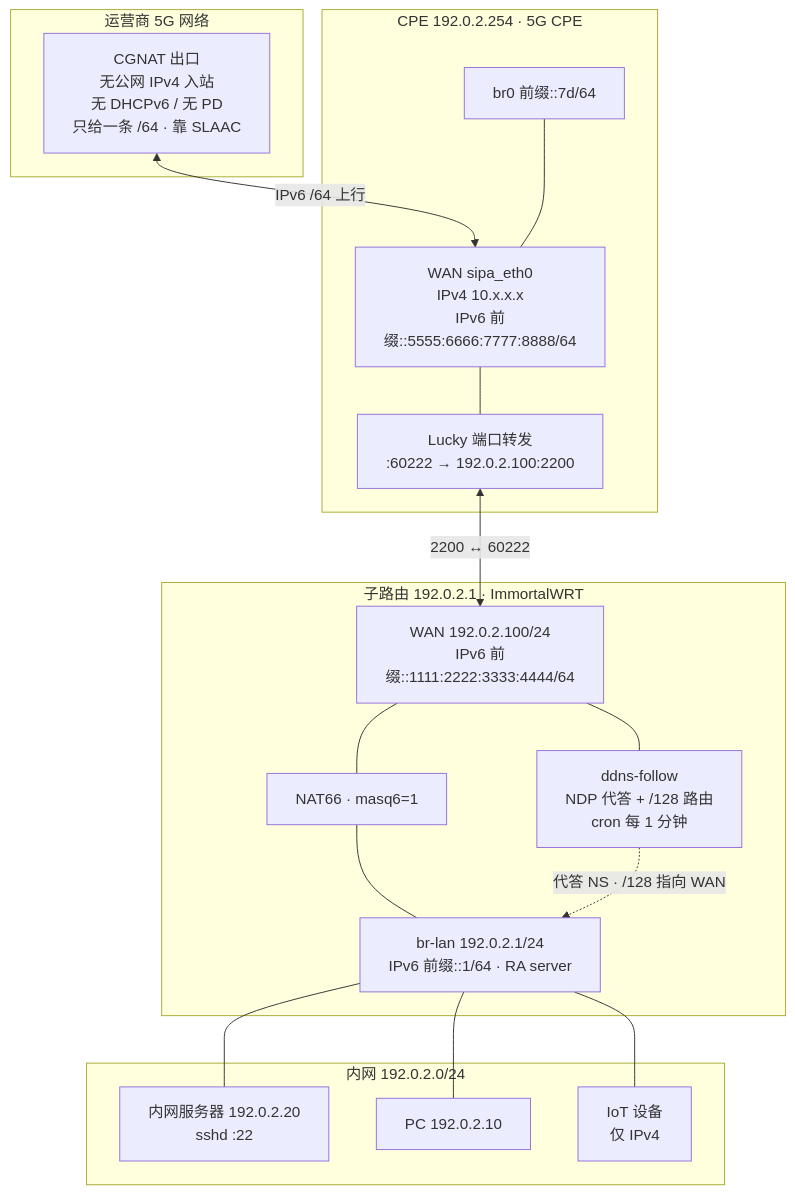
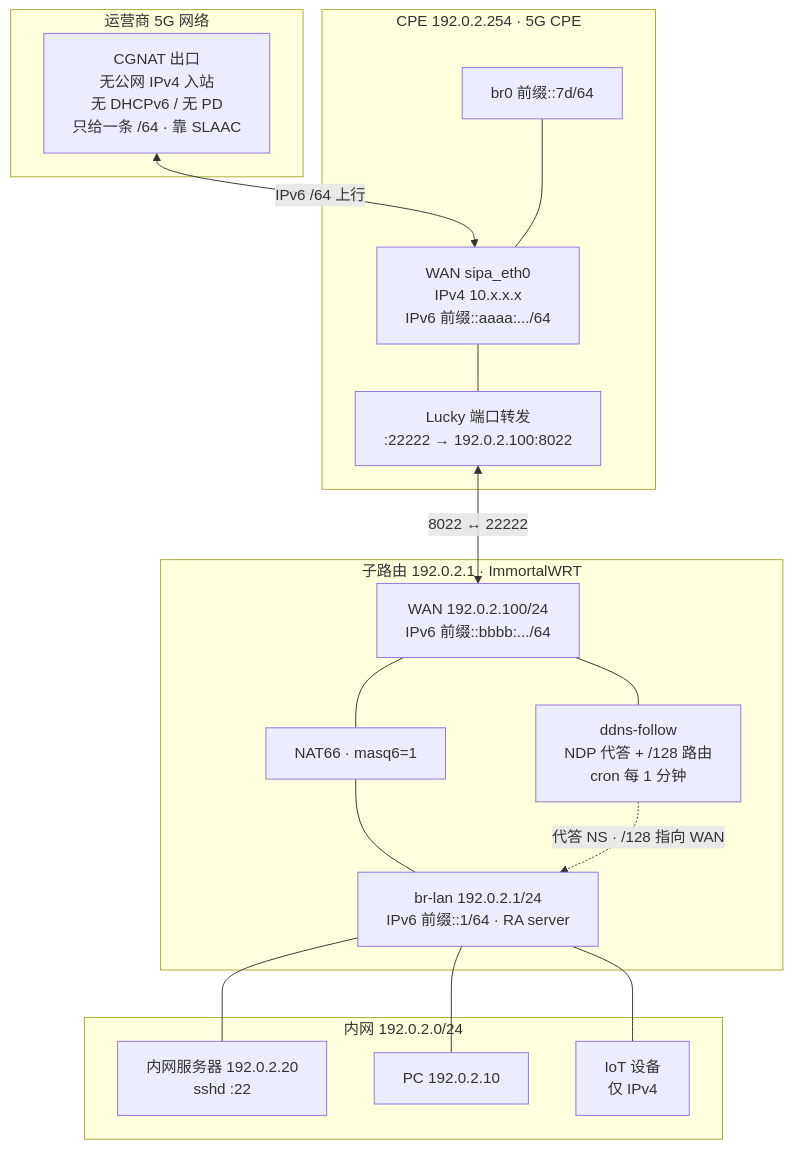
The diagram in README.md (ohmyray/luci-app-ddnsfollow), drawn with Mermaid before and after one commit. The commit also changed other lines of this file and 1 other file, not shown here.

First line of the commit message:
docs: 示例地址改用文档保留段并重绘拓扑图

````diff
--- a/README.md
+++ b/README.md
@@ -20,37 +20,37 @@
 ```mermaid
 flowchart TB
     subgraph ISP["运营商 5G 网络"]
         CGNAT["CGNAT 出口<br/>无公网 IPv4 入站<br/>无 DHCPv6 / 无 PD<br/>只给一条 /64 · 靠 SLAAC"]
     end
 
     subgraph CPEG["CPE 192.0.2.254 · 5G CPE"]
-        CPE_WAN["WAN sipa_eth0<br/>IPv4 10.x.x.x<br/>IPv6 前缀::5555:6666:7777:8888/64"]
-        LUCKY["Lucky 端口转发<br/>:60222 → 192.0.2.100:2200"]
+        CPE_WAN["WAN sipa_eth0<br/>IPv4 10.x.x.x<br/>IPv6 前缀::aaaa:.../64"]
+        LUCKY["Lucky 端口转发<br/>:22222 → 192.0.2.100:8022"]
         CPE_BR["br0 前缀::7d/64"]
     end
 
     subgraph RT["子路由 192.0.2.1 · ImmortalWRT"]
-        R_WAN["WAN 192.0.2.100/24<br/>IPv6 前缀::1111:2222:3333:4444/64"]
+        R_WAN["WAN 192.0.2.100/24<br/>IPv6 前缀::bbbb:.../64"]
         NAT66["NAT66 · masq6=1"]
         FOLLOW["ddns-follow<br/>NDP 代答 + /128 路由<br/>cron 每 1 分钟"]
         R_LAN["br-lan 192.0.2.1/24<br/>IPv6 前缀::1/64 · RA server"]
     end
 
     subgraph HOME["内网 192.0.2.0/24"]
         MAC["内网服务器 192.0.2.20<br/>sshd :22"]
         PC["PC 192.0.2.10"]
         IOT["IoT 设备<br/>仅 IPv4"]
     end
 
     CGNAT <-->|"IPv6 /64 上行"| CPE_WAN
     CPE_WAN --- LUCKY
     CPE_BR --- CPE_WAN
-    LUCKY <-->|"2200 ↔ 60222"| R_WAN
+    LUCKY <-->|"8022 ↔ 22222"| R_WAN
     R_WAN --- NAT66
     R_WAN --- FOLLOW
     NAT66 --- R_LAN
     FOLLOW -.->|"代答 NS · /128 指向 WAN"| R_LAN
     R_LAN --- MAC
     R_LAN --- PC
     R_LAN --- IOT
 ```
````
